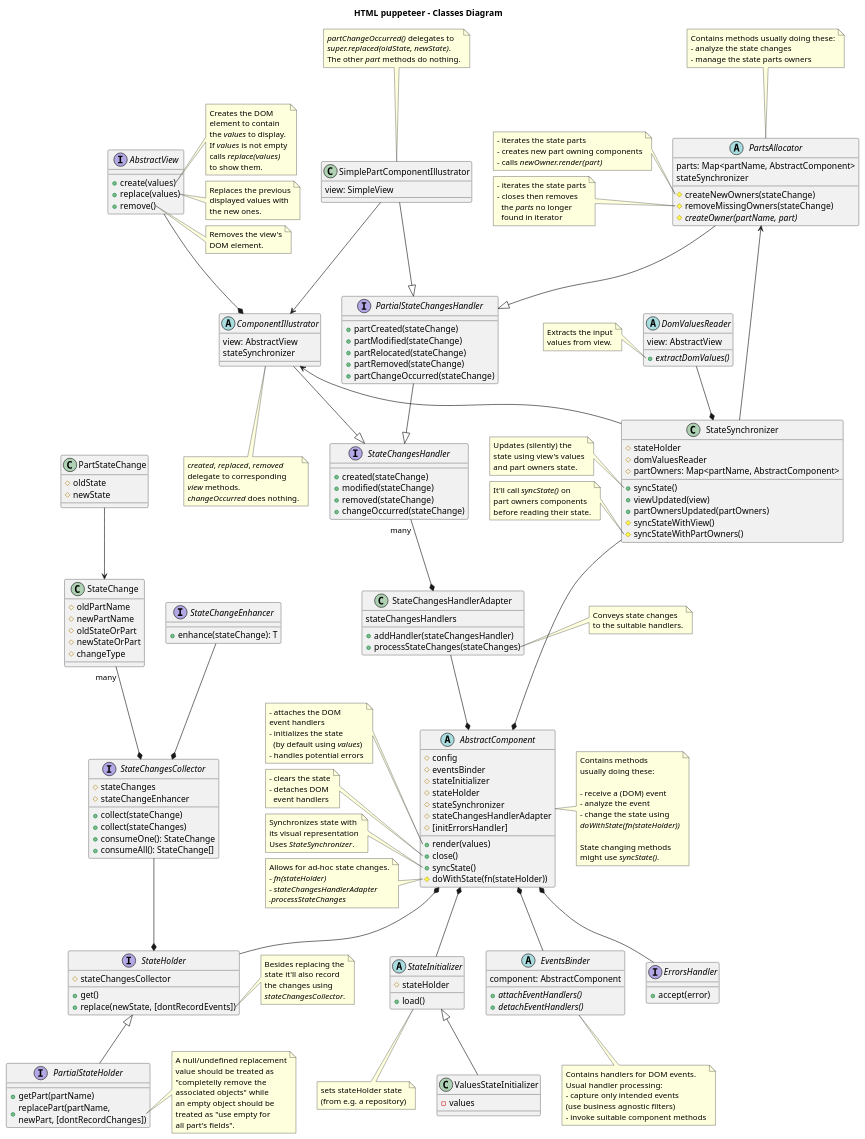
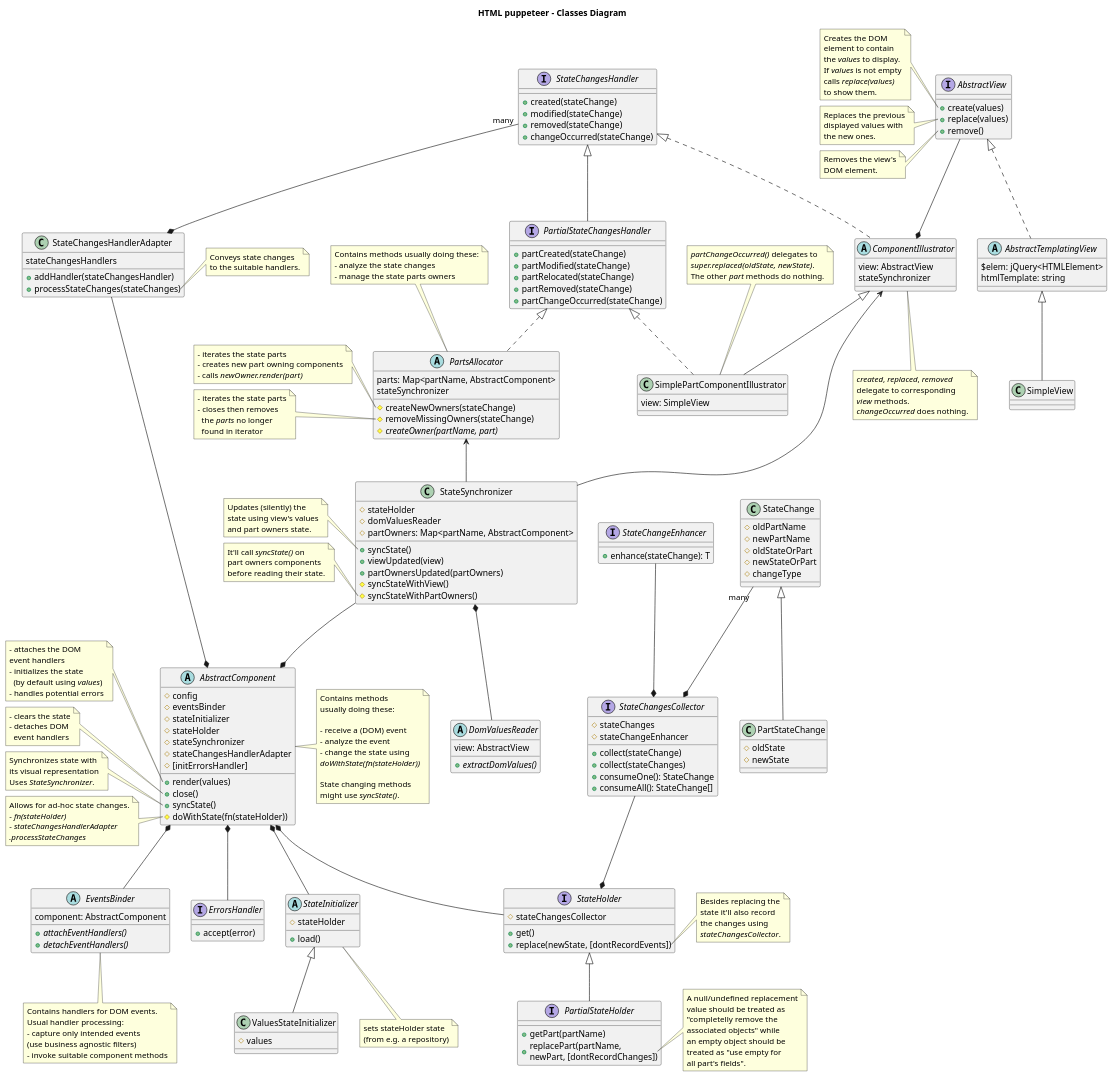
Before and after one commit to adrhc/html-puppeteer: the diagram in design/classes-diagram.puml, drawn with PlantUML.

Commit message:
classes-diagram.puml

```diff
--- a/design/classes-diagram.puml
+++ b/design/classes-diagram.puml
@@ -123,6 +123,13 @@
 DOM element.
 end note
 
+abstract AbstractTemplatingView implements AbstractView {
+$elem: jQuery<HTMLElement>
+htmlTemplate: string
+}
+
+class SimpleView extends AbstractTemplatingView
+
 abstract StateInitializer {
 #stateHolder
 +load()
@@ -133,8 +140,8 @@
 (from e.g. a repository)
 end note
 
-class ValuesStateInitializer {
--values
+class ValuesStateInitializer extends StateInitializer {
+#values
 }
 
 class StateChange {
@@ -145,7 +152,7 @@
 #changeType
 }
 
-class PartStateChange {
+class PartStateChange extends StateChange {
 #oldState
 #newState
 }
@@ -177,7 +184,7 @@
 <i>stateChangesCollector</i>.
 end note
 
-interface PartialStateHolder {
+interface PartialStateHolder extends StateHolder {
 +getPart(partName)
 +replacePart(partName, \nnewPart, [dontRecordChanges])
 }
@@ -224,7 +231,7 @@
 +changeOccurred(stateChange)
 }
 
-interface PartialStateChangesHandler {
+interface PartialStateChangesHandler extends StateChangesHandler {
 +partCreated(stateChange)
 +partModified(stateChange)
 +partRelocated(stateChange)
@@ -232,7 +239,7 @@
 +partChangeOccurred(stateChange)
 }
 
-abstract ComponentIllustrator {
+abstract ComponentIllustrator implements StateChangesHandler {
 view: AbstractView
 stateSynchronizer
 }
@@ -244,7 +251,7 @@
 <i>changeOccurred</i> does nothing.
 end note
 
-class SimplePartComponentIllustrator {
+class SimplePartComponentIllustrator extends ComponentIllustrator implements PartialStateChangesHandler {
 view: SimpleView
 }
 
@@ -254,7 +261,7 @@
 The other <i>part</i> methods do nothing.
 end note
 
-abstract PartsAllocator {
+abstract PartsAllocator implements PartialStateChangesHandler {
 parts: Map<partName, AbstractComponent>
 stateSynchronizer
 #createNewOwners(stateChange)
@@ -309,10 +316,10 @@
   {abstract}+extractDomValues()
 }
 
-note left of DomValuesReader::extractDomValues
+/'note right of DomValuesReader::extractDomValues
 Extracts the input
 values from view.
-end note
+end note'/
 
 AbstractComponent *-down- EventsBinder
 AbstractComponent *-down- StateHolder
@@ -320,25 +327,25 @@
 AbstractComponent *-up- StateChangesHandlerAdapter
 StateChangesHandlerAdapter *-up- "many" StateChangesHandler
 ComponentIllustrator *-up- AbstractView
-PartialStateChangesHandler -down-|> StateChangesHandler
-PartsAllocator -down-|> PartialStateChangesHandler
+'PartialStateChangesHandler -down-|> StateChangesHandler
+'PartsAllocator -down-|> PartialStateChangesHandler
 'StateChangesHandler -up-{ AbstractView : might use
 'DomValuesReader *-up- AbstractView
-StateSynchronizer *-up- DomValuesReader
+StateSynchronizer *-down- DomValuesReader
 StateSynchronizer -up-> PartsAllocator
 StateSynchronizer -up-> ComponentIllustrator
-SimplePartComponentIllustrator -down-> ComponentIllustrator
-SimplePartComponentIllustrator -down-|> PartialStateChangesHandler
+'SimplePartComponentIllustrator -down-> ComponentIllustrator
+'SimplePartComponentIllustrator -down-|> PartialStateChangesHandler
 AbstractComponent *-up- StateSynchronizer
 AbstractComponent *-down- ErrorsHandler
 'AbstractComponent *-right- PartsAllocator
-PartialStateHolder -up-|> StateHolder
+'PartialStateHolder -up-|> StateHolder
 StateHolder *-up- StateChangesCollector
 StateChangesCollector *-up- "many" StateChange
-ComponentIllustrator --|> StateChangesHandler
-PartStateChange -down-> StateChange
+'ComponentIllustrator --|> StateChangesHandler
+'PartStateChange -down-> StateChange
 'PartsAllocator -down-> StateHolder
-ValuesStateInitializer -up-|> StateInitializer
+'ValuesStateInitializer -up-|> StateInitializer
 StateChangesCollector *-up- StateChangeEnhancer
 
 /'note as setElement
```
